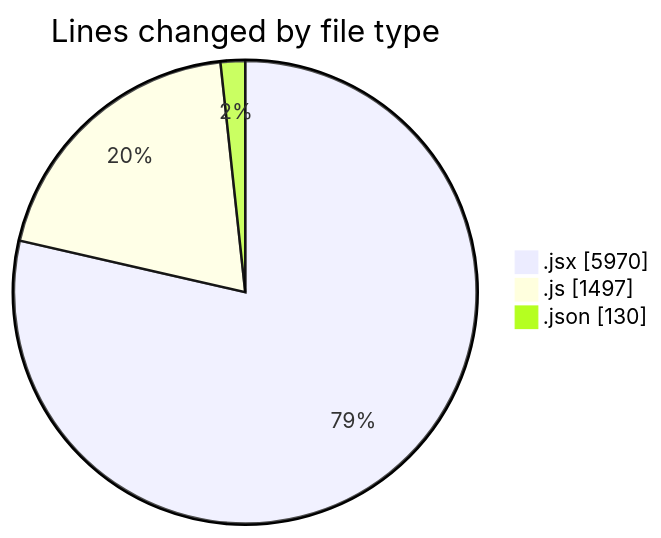
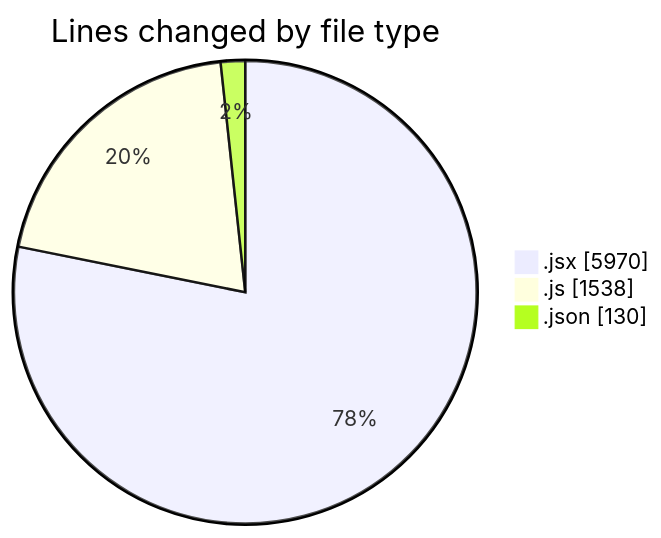
One commit to nxtqubesakshisongat/code-tracking changed the first of 2 diagrams in 2025-08-06/nxtqube_webapp/README.md. Above: the diagram before and after it, drawn with Mermaid. The commit also changed other lines of this file and 1 other file, not shown here.

````diff
--- a/2025-08-06/nxtqube_webapp/README.md
+++ b/2025-08-06/nxtqube_webapp/README.md
@@ -29,7 +29,7 @@
 ```mermaid
 pie showData
 title Lines changed by file type
 ".jsx" : 5970
-".js" : 1497
+".js" : 1538
 ".json" : 130
 ```
````
